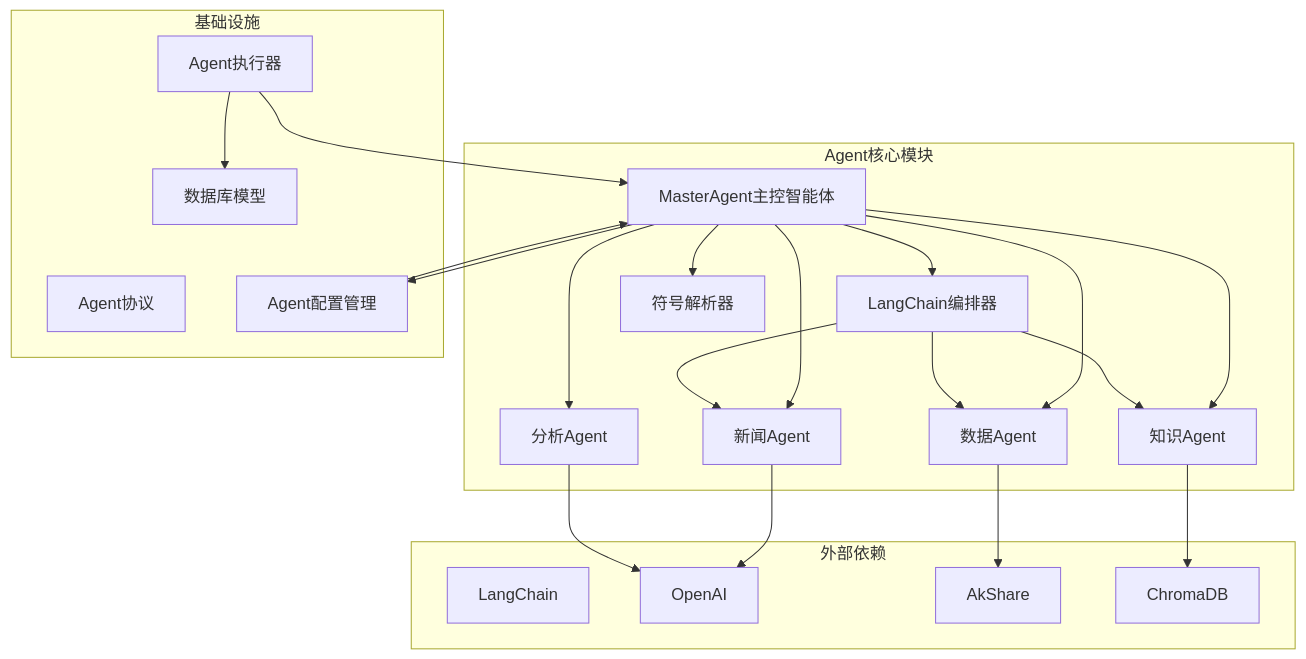
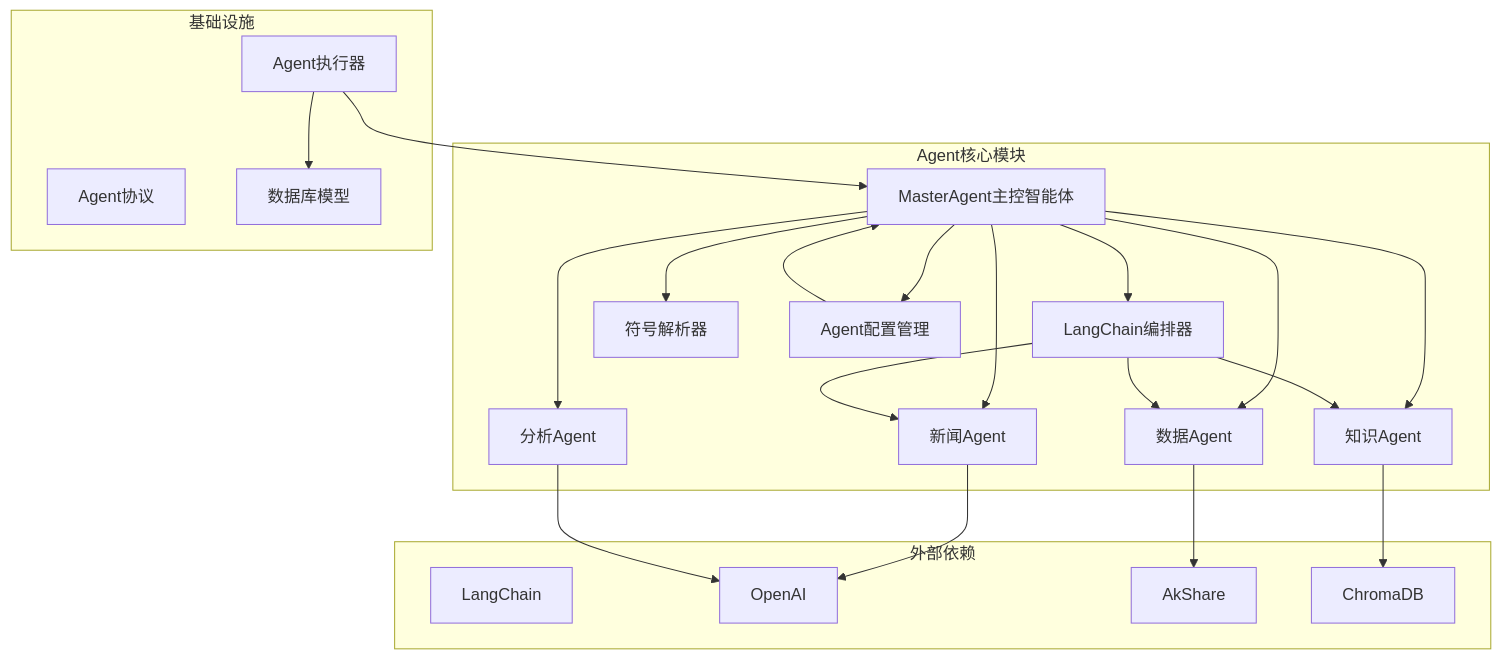
Before and after one commit to LiuAHao/ai_investment: the first of 11 diagrams in .qoder/repowiki/zh/content/智能体系统/MasterAgent主控智能体.md, drawn with Mermaid. The commit also changed other lines of this file and 5 other files, not shown here.

````diff
--- a/.qoder/repowiki/zh/content/智能体系统/MasterAgent主控智能体.md
+++ b/.qoder/repowiki/zh/content/智能体系统/MasterAgent主控智能体.md
@@ -45,41 +52,41 @@
 ```mermaid
 graph TB
 subgraph "Agent核心模块"
 MA[MasterAgent主控智能体]
 LC[LangChain编排器]
 SR[符号解析器]
 AA[分析Agent]
 DA[数据Agent]
 NA[新闻Agent]
 KA[知识Agent]
+AC[Agent配置管理]
 end
 subgraph "基础设施"
 AP[Agent协议]
-AC[Agent配置管理]
 AE[Agent执行器]
 DB[数据库模型]
 end
 subgraph "外部依赖"
 LCDep[LangChain]
 OADep[OpenAI]
 AKDep[AkShare]
 CHDep[ChromaDB]
 end
 MA --> LC
 MA --> SR
 MA --> AA
 MA --> DA
 MA --> NA
 MA --> KA
 MA --> AC
 LC --> DA
 LC --> NA
 LC --> KA
 DA --> AKDep
 NA --> OADep
 AA --> OADep
 KA --> CHDep
 AE --> DB
 AE --> MA
 AC --> MA
 ```
````
